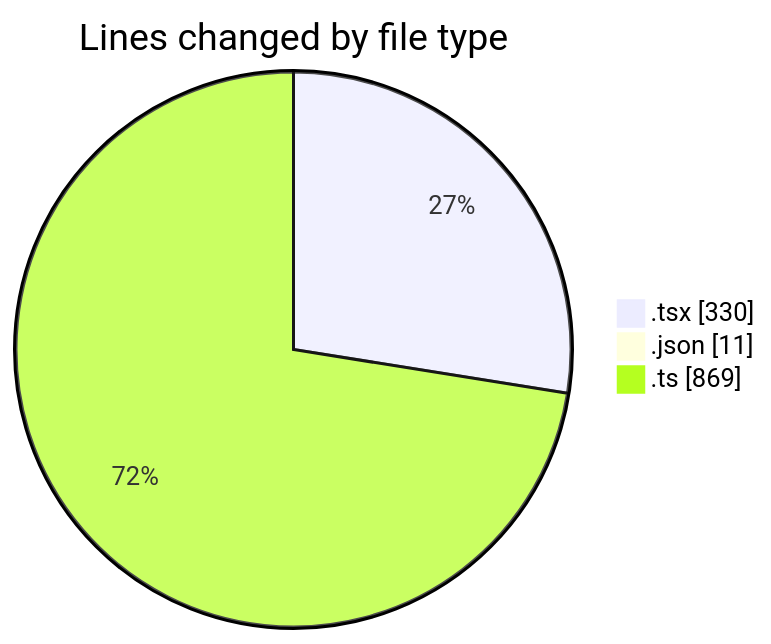
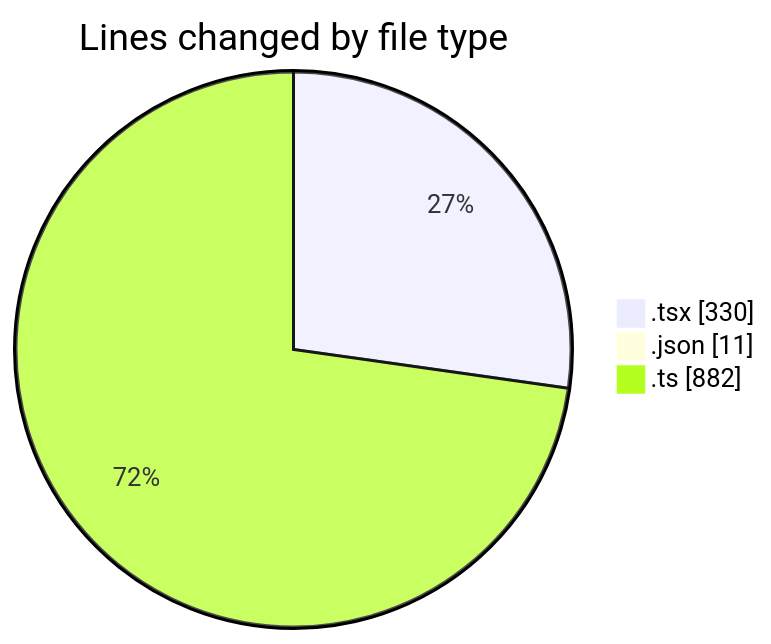
Before and after one commit to momahboobian/code-tracking: the first of 2 diagrams in 2025-05-12/cda/README.md, drawn with Mermaid. The commit also changed other lines of this file and 1 other file, not shown here.

````diff
--- a/2025-05-12/cda/README.md
+++ b/2025-05-12/cda/README.md
@@ -31,7 +31,7 @@
 ```mermaid
 pie showData
 title Lines changed by file type
 ".tsx" : 330
 ".json" : 11
-".ts" : 869
+".ts" : 882
 ```
````
